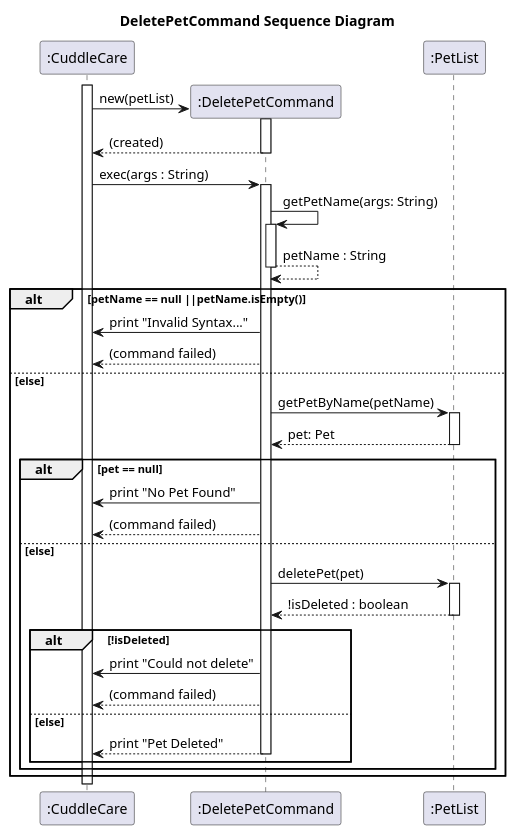
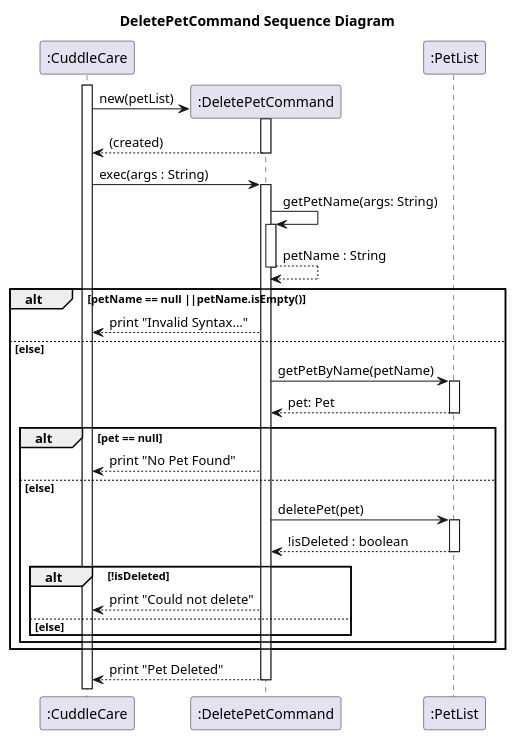
The diagram in docs/uml/DeletePetCommandSequenceDiagram.puml (Kevin88866/tp), drawn with PlantUML before and after one commit. The commit also changed 1 other file, not shown here.

Commit message:
Fixed DeletePetCommand Sequence Diagram
Fixed double return in DeletePetCommand Sequence Diagram (#198)

```diff
--- a/docs/uml/DeletePetCommandSequenceDiagram.puml
+++ b/docs/uml/DeletePetCommandSequenceDiagram.puml
@@ -1,58 +1,57 @@
 @startuml
 title DeletePetCommand Sequence Diagram
 
 participant ":CuddleCare" as CuddleCare
 participant ":DeletePetCommand" as DeletePetCommand
 participant ":PetList" as PetList
 
 activate CuddleCare
 
 ' Constructor
 CuddleCare -> DeletePetCommand** : new(petList)
 activate DeletePetCommand
 return (created)
 
 ' Exec Method
 CuddleCare -> DeletePetCommand : exec(args : String)
 activate DeletePetCommand
 
 ' getPetName Method
 DeletePetCommand -> DeletePetCommand : getPetName(args: String)
 activate DeletePetCommand
 return petName : String
 
 ' if input was invalid
 alt petName == null ||petName.isEmpty()
-    DeletePetCommand -> CuddleCare : print "Invalid Syntax..."
-    DeletePetCommand --> CuddleCare : (command failed)
+    DeletePetCommand --> CuddleCare : print "Invalid Syntax..."
 
 else else
     DeletePetCommand -> PetList : getPetByName(petName)
     activate PetList
     return pet: Pet
 
     ' if invalid pet
     alt pet == null
-        DeletePetCommand -> CuddleCare : print "No Pet Found"
-        DeletePetCommand --> CuddleCare : (command failed)
+        DeletePetCommand --> CuddleCare : print "No Pet Found"
 
     else else
         DeletePetCommand -> PetList : deletePet(pet)
         activate PetList
         return !isDeleted : boolean
 
         ' if some error in deleting the pet
         alt !isDeleted
-            DeletePetCommand -> CuddleCare : print "Could not delete"
-            DeletePetCommand --> CuddleCare : (command failed)
+            DeletePetCommand --> CuddleCare : print "Could not delete"
 
         else else
-            ' happy path
-            return print "Pet Deleted"
+
         end
+
 
     end
 
 end
+' happy path
+            return print "Pet Deleted"
 
 @enduml
```
